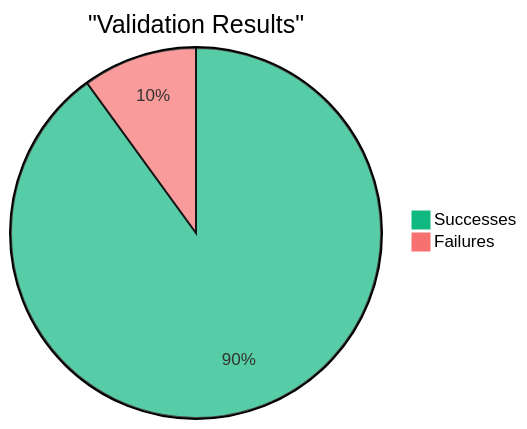
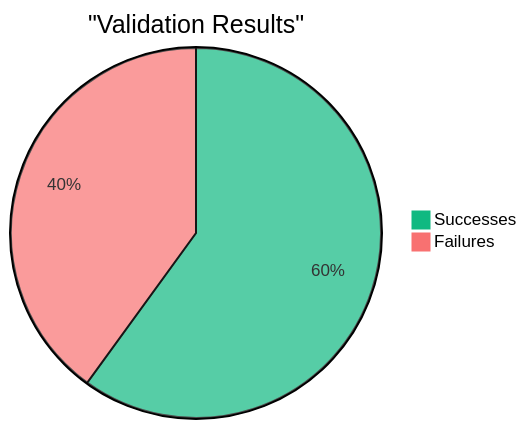
The diagram in src/reports/report.md (Noee3/studious-rainbow), drawn with Mermaid before and after one commit. The commit also changed other lines of this file and 61 other files, not shown here.

````diff
--- a/src/reports/report.md
+++ b/src/reports/report.md
@@ -5,6 +5,6 @@
 ```mermaid
 %%{init: {'themeVariables': { 'pie1': '#10b981', 'pie2': '#f87171' }}}%%
 pie title "Validation Results"
-    "Successes" : 9
-    "Failures" : 1
+    "Successes" : 3
+    "Failures" : 2
 ```
````
